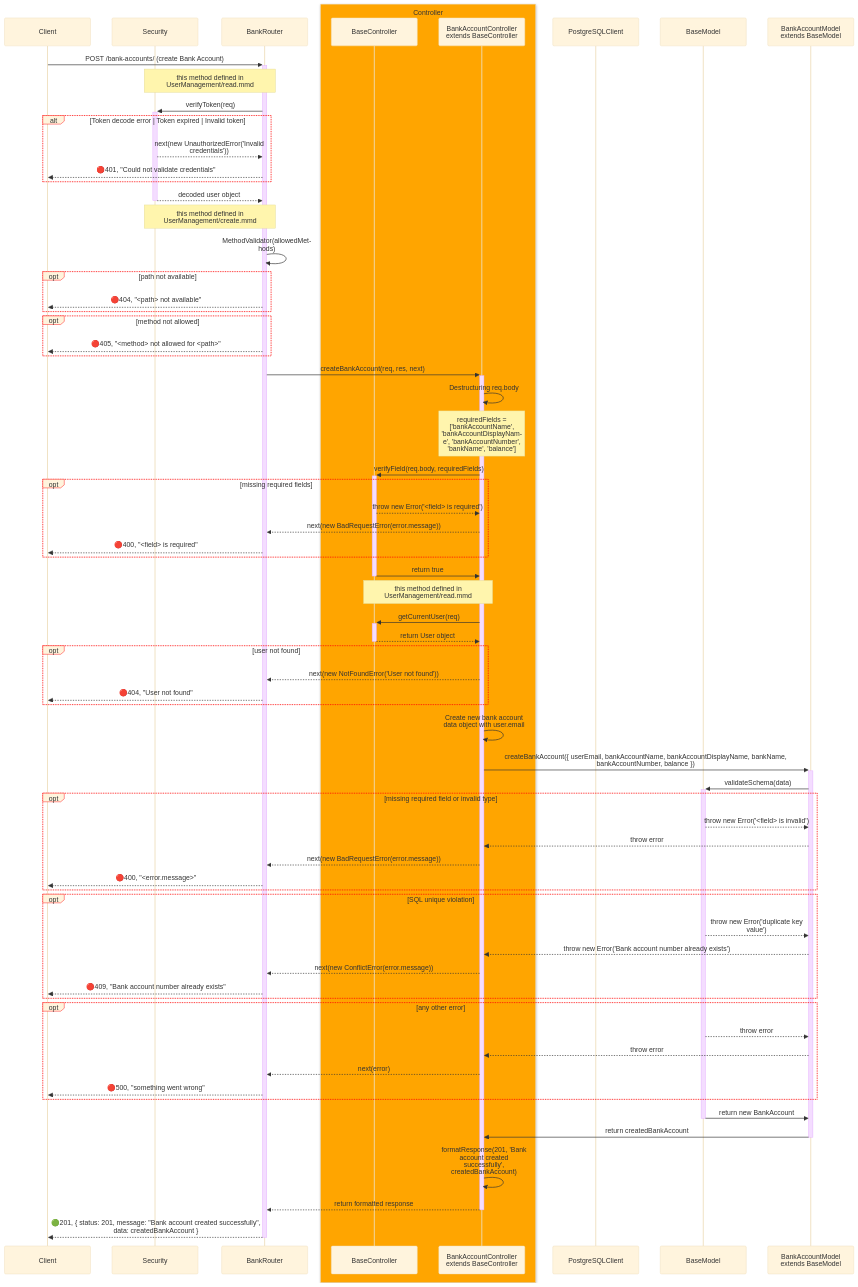
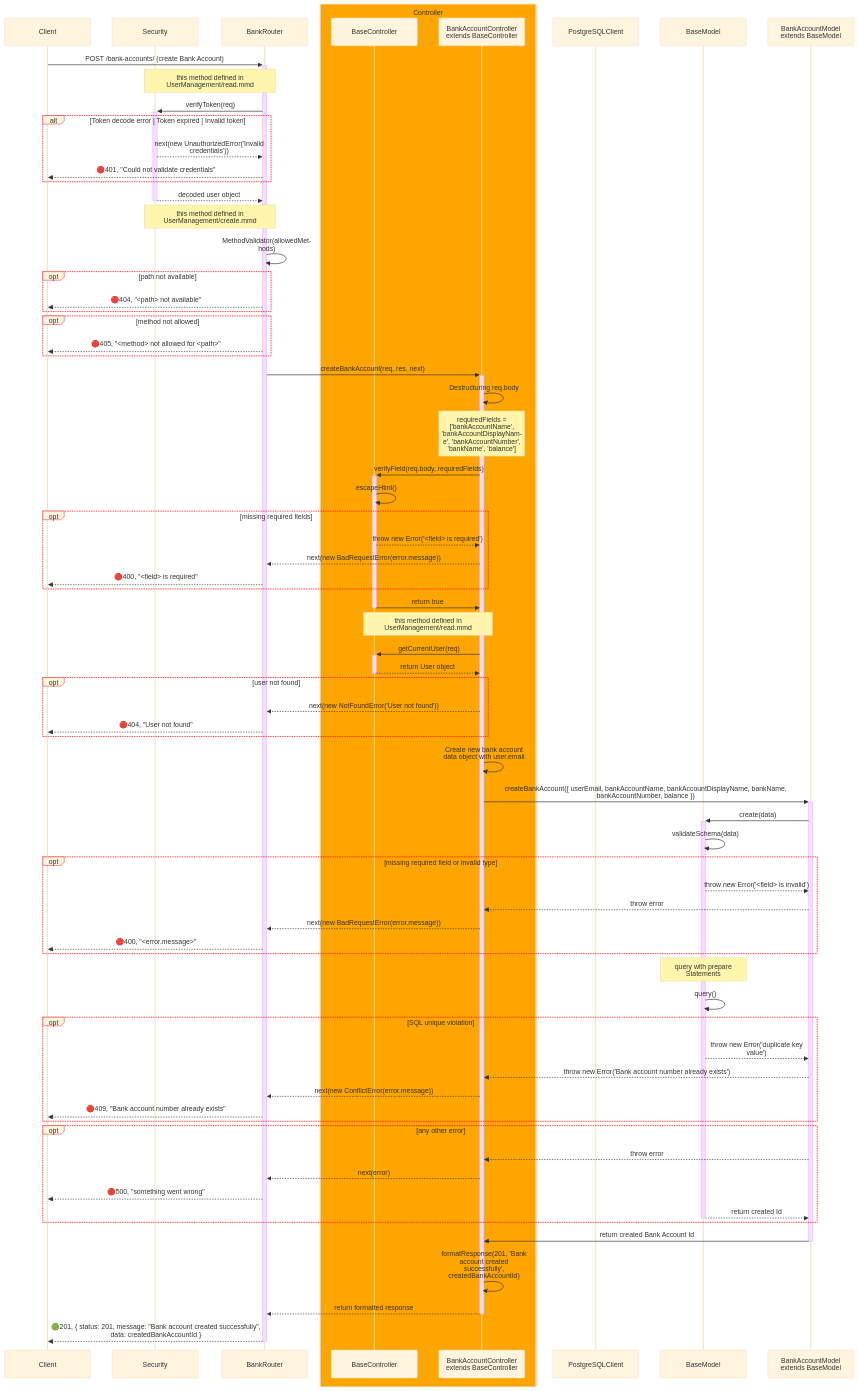
One commit to SawatKia/WealthTracking changed the diagram in design/newClassesDesign/BankAccountManagement/add.mmd. Above: the diagram before and after it, drawn with Mermaid. The commit also changed 8 other files, not shown here.

Commit message:
add escape html

```diff
--- a/design/newClassesDesign/BankAccountManagement/add.mmd
+++ b/design/newClassesDesign/BankAccountManagement/add.mmd
@@ -1,89 +1,91 @@
 %%{
     init: {
         "theme":"base",
         "themeVariables": {
             'labelBoxBorderColor': '#ff0000'
         },
         "sequence": { 
             "wrap": true, 
             "width": 200 
         } 
     }
 }%%
 sequenceDiagram
     participant Client
     participant Sec as Security
     participant Router as BankRouter
     box orange Controller
         participant BaseCont as BaseController
         participant Cont as BankAccountController extends BaseController
     end
     participant PGClient as PostgreSQLClient
     participant BaseModel as BaseModel 
     participant Model as BankAccountModel extends BaseModel
 
     Client->>+Router: POST /bank-accounts/ (create Bank Account)
     Note over Sec, Router: this method defined in UserManagement/read.mmd
     Router->>+Sec: verifyToken(req)
     alt Token decode error | Token expired | Invalid token
         Sec-->>Router: next(new UnauthorizedError('Invalid credentials'))
         Router-->>Client: 🔴401, "Could not validate credentials"
     end
     Sec-->>-Router: decoded user object 
 
     Note over Sec, Router: this method defined in UserManagement/create.mmd
     Router->>Router: MethodValidator(allowedMethods)
     opt path not available
         Router-->>Client: 🔴404, "<path> not available"
     end
     opt method not allowed
         Router-->>Client: 🔴405, "<method> not allowed for <path>"
     end
     
     Router->>+Cont: createBankAccount(req, res, next)
     Cont->>Cont: Destructuring req.body
     Note over Cont: requiredFields = ['bankAccountName', 'bankAccountDisplayName', 'bankAccountNumber', 'bankName', 'balance']
     Cont->>+BaseCont: verifyField(req.body, requiredFields)
+    BaseCont->>BaseCont: escapeHtml()
     opt missing required fields
         BaseCont-->>Cont: throw new Error('<field> is required')
         Cont-->>Router: next(new BadRequestError(error.message))
         Router-->>Client: 🔴400, "<field> is required"
     end
     BaseCont->>-Cont: return true
     
     Note over Cont, BaseCont: this method defined in UserManagement/read.mmd
     Cont->>+BaseCont: getCurrentUser(req)
     BaseCont-->>-Cont: return User object
     opt user not found
         Cont-->>Router: next(new NotFoundError('User not found'))
         Router-->>Client: 🔴404, "User not found"
     end
     
     Cont->>Cont: Create new bank account data object with user.email
     Cont->>+Model: createBankAccount({ userEmail, bankAccountName, bankAccountDisplayName, bankName, bankAccountNumber, balance })
-    Model->>+BaseModel: validateSchema(data) 
-    
+    Model->>+BaseModel: create(data)
+    BaseModel->>BaseModel: validateSchema(data) 
     opt missing required field or invalid type
         BaseModel-->>Model: throw new Error('<field> is invalid')
         Model-->>Cont: throw error
         Cont-->>Router: next(new BadRequestError(error.message))
         Router-->>Client: 🔴400, "<error.message>"
     end
+    Note over BaseModel: query with prepare Statements
+    BaseModel->>BaseModel: query()
     opt SQL unique violation
         BaseModel-->>Model: throw new Error('duplicate key value')
         Model-->>Cont: throw new Error('Bank account number already exists')
         Cont-->>Router: next(new ConflictError(error.message))
         Router-->>Client: 🔴409, "Bank account number already exists"
     end
     opt any other error
-       BaseModel-->>Model: throw error
        Model-->>Cont: throw error
        Cont-->>Router: next(error)
        Router-->>Client: 🔴500, "something went wrong"
+    BaseModel-->>-Model: return created Id
     end
 
-    BaseModel->>-Model: return new BankAccount
-    Model->>-Cont: return createdBankAccount
-    Cont->>Cont: formatResponse(201, 'Bank account created successfully', createdBankAccount)
+    Model->>-Cont: return created Bank Account Id
+    Cont->>Cont: formatResponse(201, 'Bank account created successfully', createdBankAccountId)
     Cont-->>-Router: return formatted response
-    Router-->>-Client: 🟢201, { status: 201, message: "Bank account created successfully", data: createdBankAccount }
+    Router-->>-Client: 🟢201, { status: 201, message: "Bank account created successfully", data: createdBankAccountId }
```
